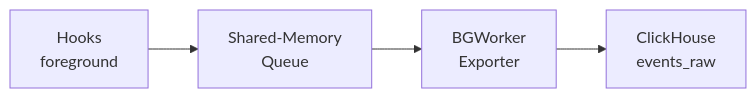
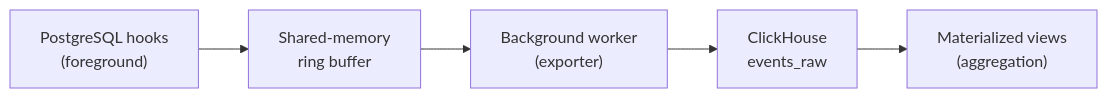
Before and after one commit to ClickHouse/pg_stat_ch: the diagram in docs/get-started/introduction.mdx, drawn with Mermaid. The commit also changed other lines of this file and 13 other files, not shown here.

````diff
--- a/docs/get-started/introduction.mdx
+++ b/docs/get-started/introduction.mdx
@@ -10,6 +32,7 @@
 ```mermaid
 graph LR
-    A[Hooks<br/>foreground] --> B[Shared-Memory<br/>Queue]
-    B --> C[BGWorker<br/>Exporter]
-    C --> D[ClickHouse<br/>events_raw]
+    A["PostgreSQL hooks<br/>(foreground)"] --> B["Shared-memory<br/>ring buffer"]
+    B --> C["Background worker<br/>(exporter)"]
+    C --> D["ClickHouse<br/>events_raw"]
+    D --> E["Materialized views<br/>(aggregation)"]
 ```
````
